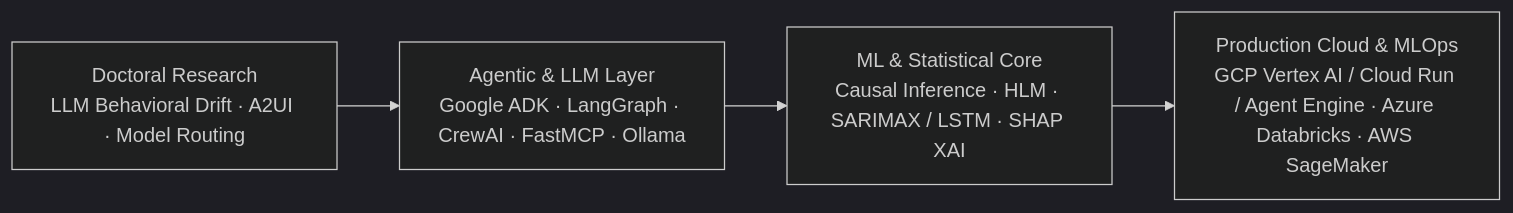
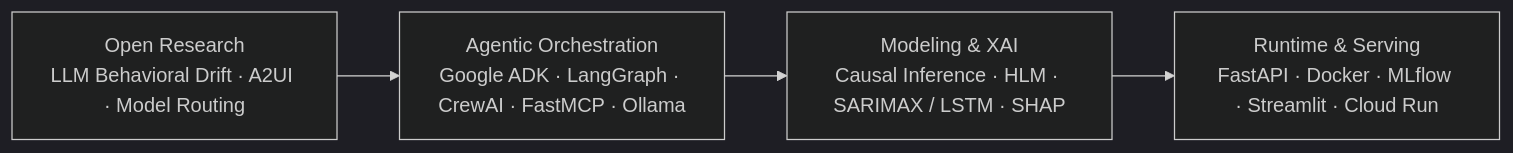
Before and after one commit to Rishav1996/Rishav1996: the diagram in README.md, drawn with Mermaid (dark theme). The commit also changed other lines of this file and 14 other files, not shown here.

````diff
--- a/README.md
+++ b/README.md
@@ -94,6 +125,6 @@
 ```mermaid
 flowchart LR
-    R["Doctoral Research<br/>LLM Behavioral Drift · A2UI · Model Routing"] --> O["Agentic & LLM Layer<br/>Google ADK · LangGraph · CrewAI · FastMCP · Ollama"]
-    O --> M["ML & Statistical Core<br/>Causal Inference · HLM · SARIMAX / LSTM · SHAP XAI"]
-    M --> P["Production Cloud & MLOps<br/>GCP Vertex AI / Cloud Run / Agent Engine · Azure Databricks · AWS SageMaker"]
+    R["Open Research<br/>LLM Behavioral Drift · A2UI · Model Routing"] --> O["Agentic Orchestration<br/>Google ADK · LangGraph · CrewAI · FastMCP · Ollama"]
+    O --> M["Modeling & XAI<br/>Causal Inference · HLM · SARIMAX / LSTM · SHAP"]
+    M --> P["Runtime & Serving<br/>FastAPI · Docker · MLflow · Streamlit · Cloud Run"]
 ```
````
